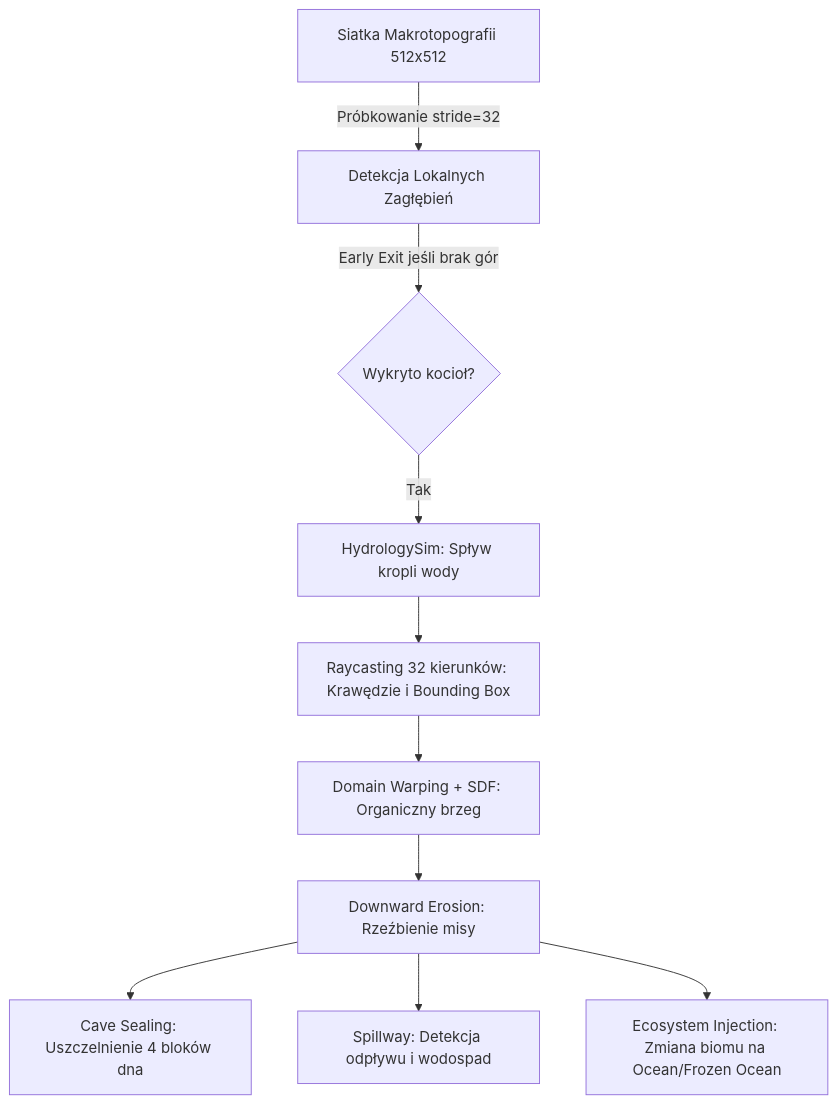
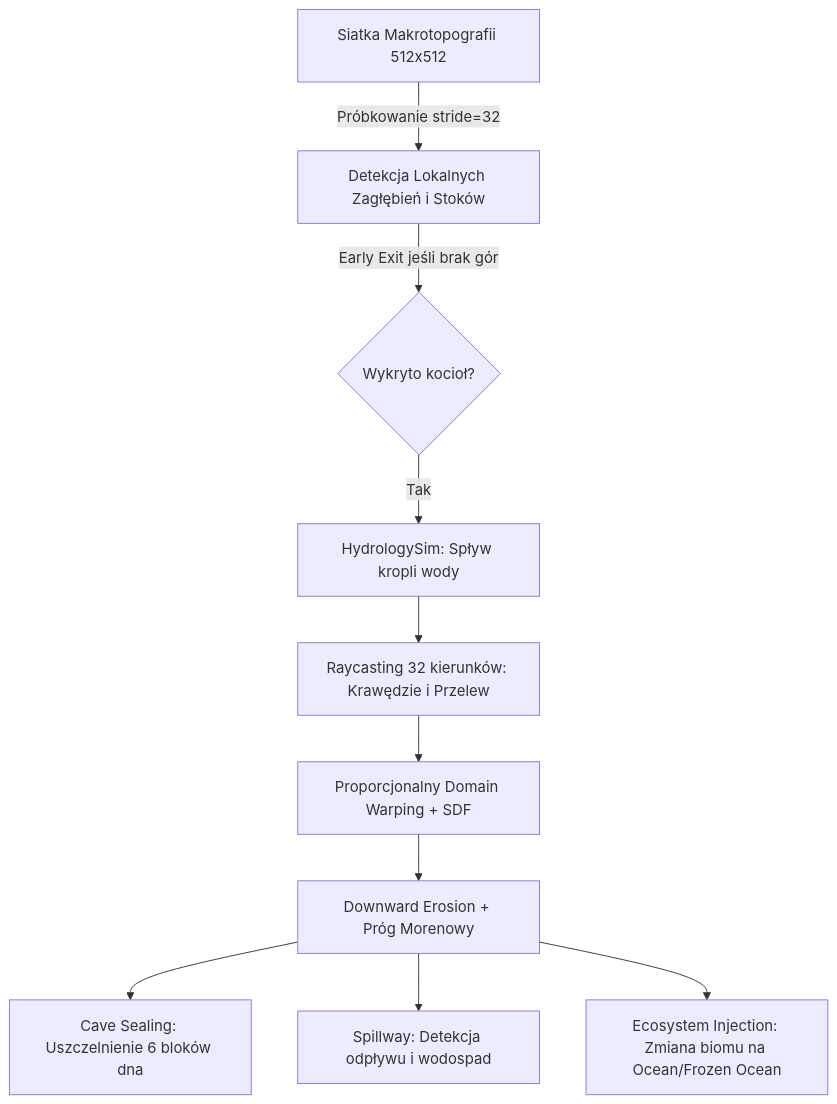
Before and after one commit to K8bus/outflow-0.0.1-Alpha.6: the first of 2 diagrams in README.md, drawn with Mermaid. The commit also changed other lines of this file and 55 other files, not shown here.

````diff
--- a/README.md
+++ b/README.md
@@ -52,12 +54,12 @@
 ```mermaid
 flowchart TD
-    A[Siatka Makrotopografii 512x512] -->|Próbkowanie stride=32| B[Detekcja Lokalnych Zagłębień]
-    B -->|Early Exit jeśli brak gór| C{Wykryto kocioł?}
-    C -->|Tak| D[HydrologySim: Spływ kropli wody]
-    D --> E[Raycasting 32 kierunków: Krawędzie i Bounding Box]
-    E --> F[Domain Warping + SDF: Organiczny brzeg]
-    F --> G[Downward Erosion: Rzeźbienie misy]
-    G --> H[Cave Sealing: Uszczelnienie 4 bloków dna]
-    G --> I[Spillway: Detekcja odpływu i wodospad]
-    G --> J[Ecosystem Injection: Zmiana biomu na Ocean/Frozen Ocean]
+    A["Siatka Makrotopografii 512x512"] -->|Próbkowanie stride=32| B["Detekcja Lokalnych Zagłębień i Stoków"]
+    B -->|Early Exit jeśli brak gór| C{"Wykryto kocioł?"}
+    C -->|Tak| D["HydrologySim: Spływ kropli wody"]
+    D --> E["Raycasting 32 kierunków: Krawędzie i Przelew"]
+    E --> F["Proporcjonalny Domain Warping + SDF"]
+    F --> G["Downward Erosion + Próg Morenowy"]
+    G --> H["Cave Sealing: Uszczelnienie 6 bloków dna"]
+    G --> I["Spillway: Detekcja odpływu i wodospad"]
+    G --> J["Ecosystem Injection: Zmiana biomu na Ocean/Frozen Ocean"]
 ```
````
